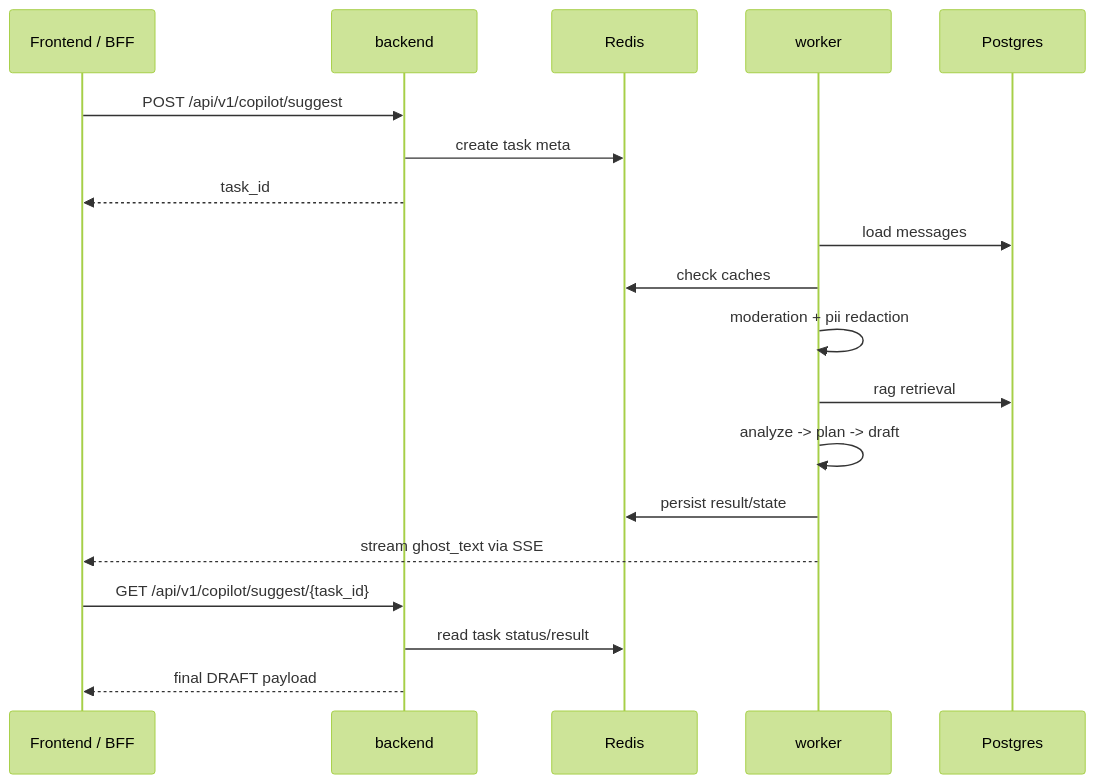
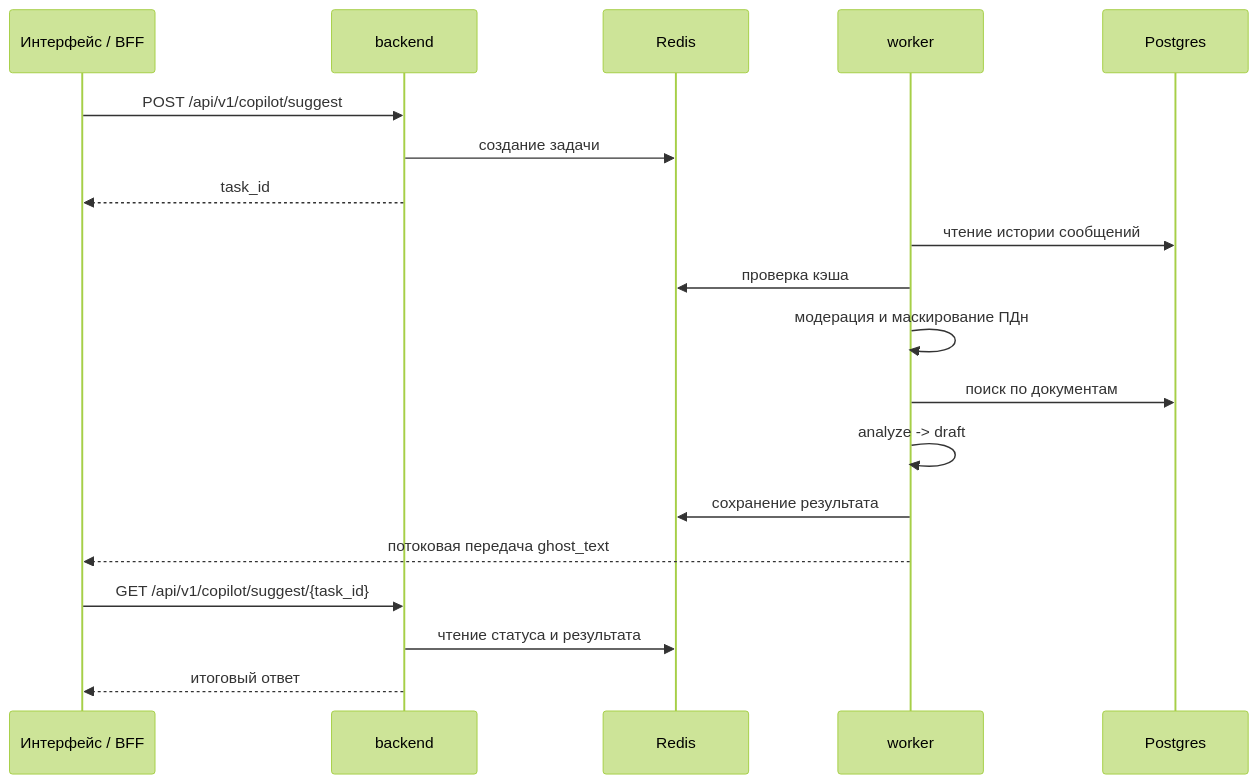
One commit to Lin-Lini/llm-copilot-bank-mvp changed the second of 3 diagrams in README.md. Above: the diagram before and after it, drawn with Mermaid (forest theme). The commit also changed other lines of this file and 59 other files, not shown here.

````diff
--- a/README.md
+++ b/README.md
@@ -106,24 +90,24 @@
 ```mermaid
 sequenceDiagram
-    participant UI as Frontend / BFF
+    participant UI as Интерфейс / BFF
     participant BE as backend
     participant RD as Redis
     participant WRK as worker
     participant PG as Postgres
 
     UI->>BE: POST /api/v1/copilot/suggest
-    BE->>RD: create task meta
+    BE->>RD: создание задачи
     BE-->>UI: task_id
 
-    WRK->>PG: load messages
-    WRK->>RD: check caches
-    WRK->>WRK: moderation + pii redaction
-    WRK->>PG: rag retrieval
-    WRK->>WRK: analyze -> plan -> draft
-    WRK->>RD: persist result/state
-    WRK-->>UI: stream ghost_text via SSE
+    WRK->>PG: чтение истории сообщений
+    WRK->>RD: проверка кэша
+    WRK->>WRK: модерация и маскирование ПДн
+    WRK->>PG: поиск по документам
+    WRK->>WRK: analyze -> draft
+    WRK->>RD: сохранение результата
+    WRK-->>UI: потоковая передача ghost_text
 
     UI->>BE: GET /api/v1/copilot/suggest/{task_id}
-    BE->>RD: read task status/result
-    BE-->>UI: final DRAFT payload
+    BE->>RD: чтение статуса и результата
+    BE-->>UI: итоговый ответ
 ```
````
